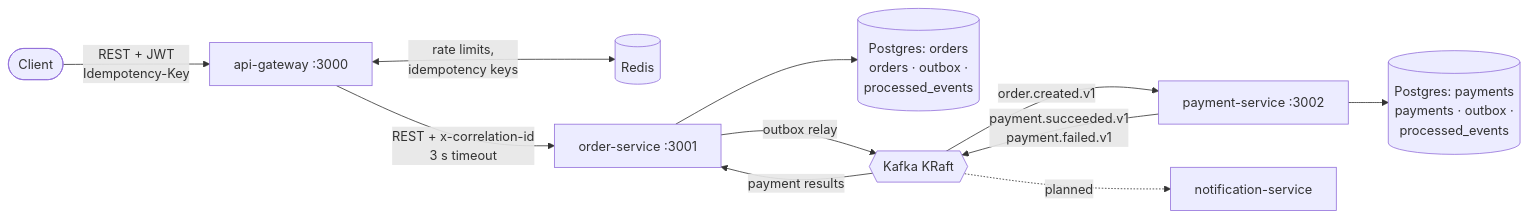
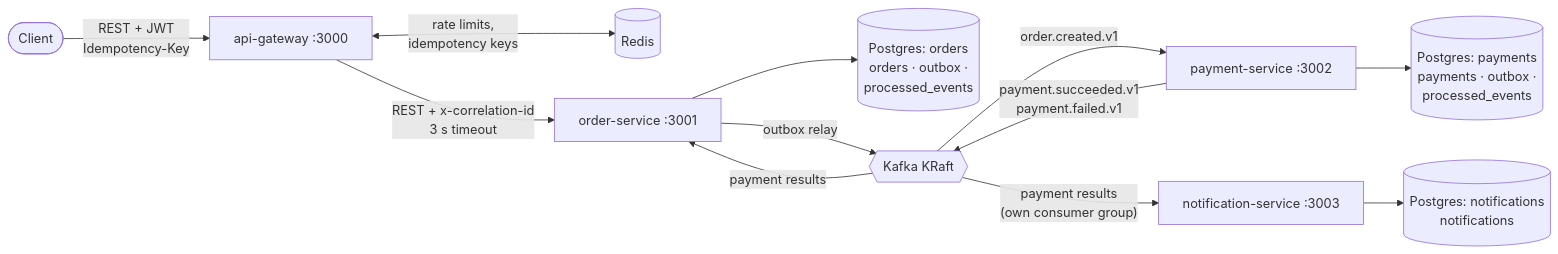
The diagram in README.md (IamBishal29/shopflow-microservices), drawn with Mermaid before and after one commit. The commit also changed other lines of this file and 2 other files, not shown here.

Commit message:
docs: notification-service in README, interview guide and learning note

````diff
--- a/README.md
+++ b/README.md
@@ -17,13 +17,14 @@
 ```mermaid
 flowchart LR
   client([Client]) -->|"REST + JWT<br/>Idempotency-Key"| gw[api-gateway :3000]
   gw <-->|"rate limits,<br/>idempotency keys"| redis[(Redis)]
   gw -->|"REST + x-correlation-id<br/>3 s timeout"| os[order-service :3001]
   os --> odb[(Postgres: orders<br/>orders · outbox ·<br/>processed_events)]
   os -->|outbox relay| k{{Kafka KRaft}}
   k -->|order.created.v1| ps[payment-service :3002]
   ps --> pdb[(Postgres: payments<br/>payments · outbox ·<br/>processed_events)]
   ps -->|"payment.succeeded.v1<br/>payment.failed.v1"| k
   k -->|payment results| os
-  k -.->|planned| ns[notification-service]
+  k -->|"payment results<br/>(own consumer group)"| ns[notification-service :3003]
+  ns --> ndb[(Postgres: notifications<br/>notifications)]
 ```
````
